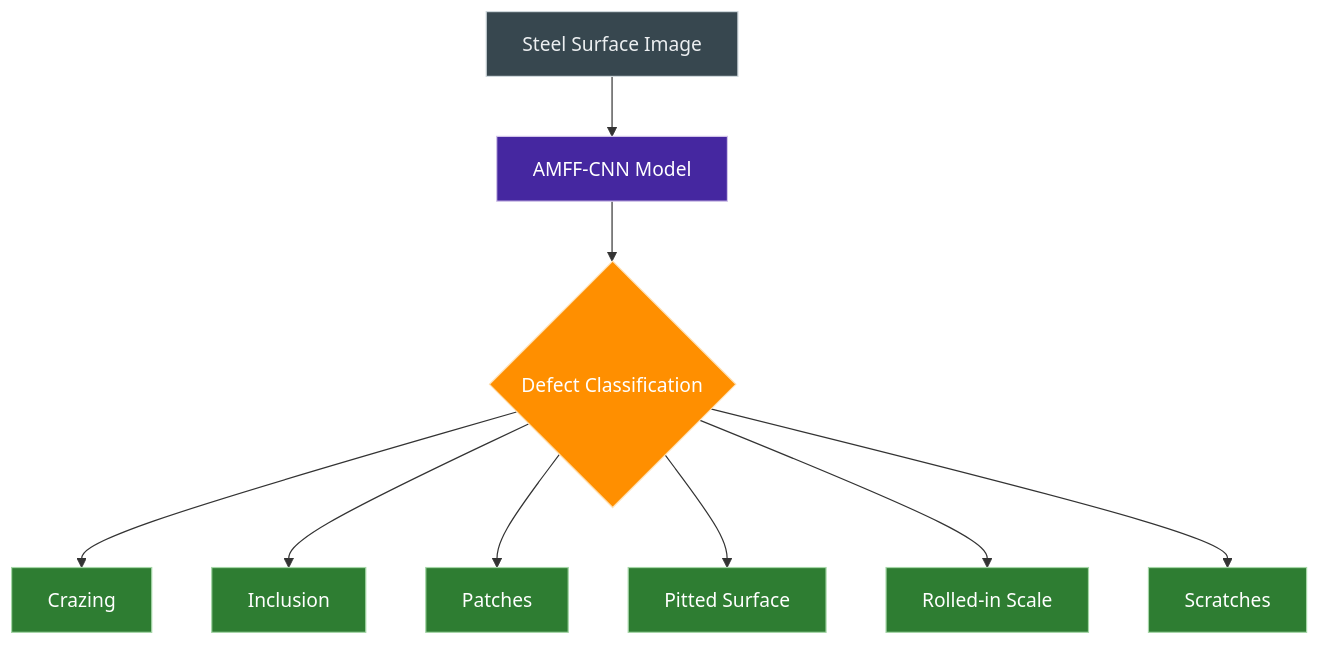
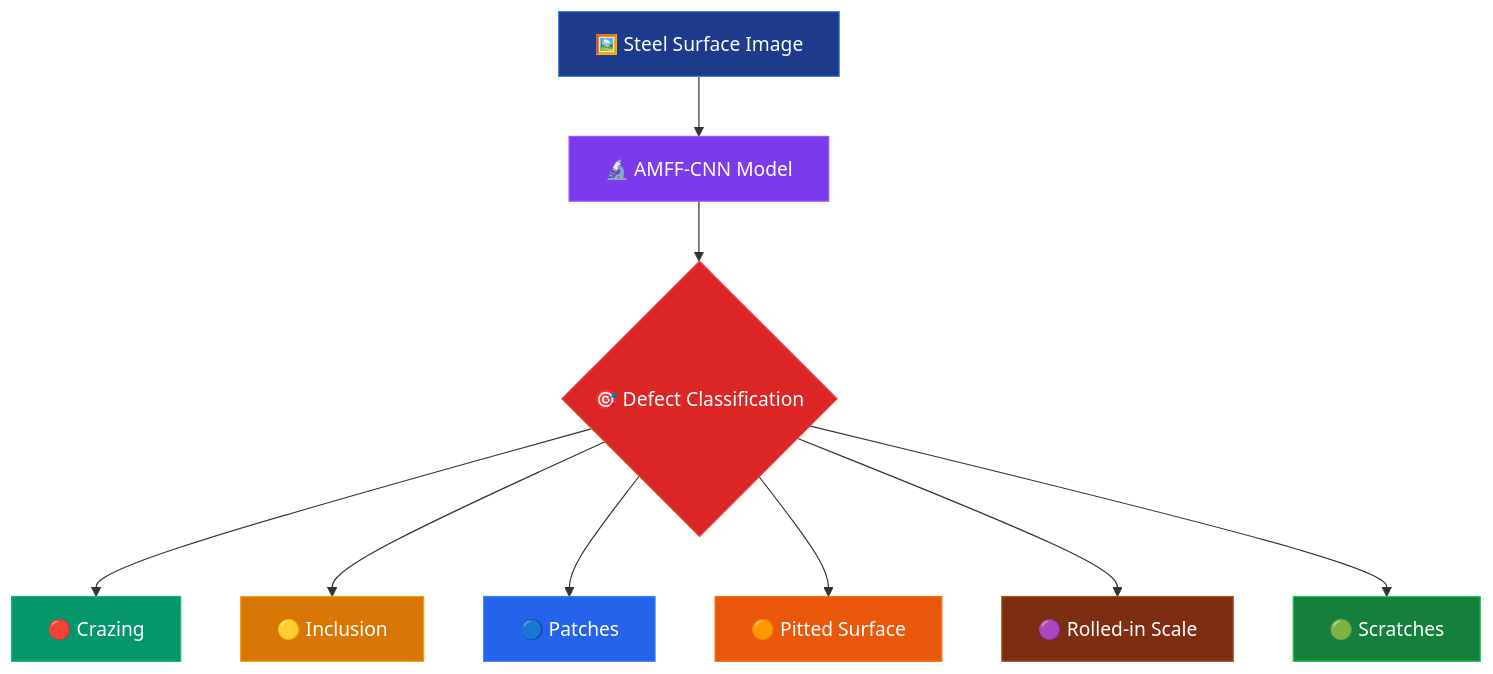
The second of 6 diagrams in README.md (RiteshKumar2e/Steel_Surface_Defect_NEU_DET-DATASET), drawn with Mermaid before and after one commit. The commit also changed other lines of this file, not shown here.

````diff
--- a/README.md
+++ b/README.md
@@ -44,21 +150,21 @@
 ```mermaid
 graph TD
-    A[Steel Surface Image] --> B[AMFF-CNN Model]
-    B --> C{Defect Classification}
-    C --> D[Crazing]
-    C --> E[Inclusion]
-    C --> F[Patches]
-    C --> G[Pitted Surface]
-    C --> H[Rolled-in Scale]
-    C --> I[Scratches]
+    A[🖼️ Steel Surface Image] --> B[🔬 AMFF-CNN Model]
+    B --> C{🎯 Defect Classification}
+    C --> D[🔴 Crazing]
+    C --> E[🟡 Inclusion]
+    C --> F[🔵 Patches]
+    C --> G[🟠 Pitted Surface]
+    C --> H[🟣 Rolled-in Scale]
+    C --> I[🟢 Scratches]
     
-style A fill:#37474f,stroke:#cfd8dc,color:#eceff1
-style B fill:#4527a0,stroke:#d1c4e9,color:#ffffff
-style C fill:#ff8f00,stroke:#ffe0b2,color:#ffffff
-style D fill:#2e7d32,stroke:#a5d6a7,color:#ffffff
-style E fill:#2e7d32,stroke:#a5d6a7,color:#ffffff
-style F fill:#2e7d32,stroke:#a5d6a7,color:#ffffff
-style G fill:#2e7d32,stroke:#a5d6a7,color:#ffffff
-style H fill:#2e7d32,stroke:#a5d6a7,color:#ffffff
-style I fill:#2e7d32,stroke:#a5d6a7,color:#ffffff
+    style A fill:#1e3a8a,stroke:#3b82f6,color:#ffffff
+    style B fill:#7c3aed,stroke:#a855f7,color:#ffffff
+    style C fill:#dc2626,stroke:#ef4444,color:#ffffff
+    style D fill:#059669,stroke:#10b981,color:#ffffff
+    style E fill:#d97706,stroke:#f59e0b,color:#ffffff
+    style F fill:#2563eb,stroke:#3b82f6,color:#ffffff
+    style G fill:#ea580c,stroke:#f97316,color:#ffffff
+    style H fill:#7c2d12,stroke:#a3531d,color:#ffffff
+    style I fill:#15803d,stroke:#22c55e,color:#ffffff
 ```
````
